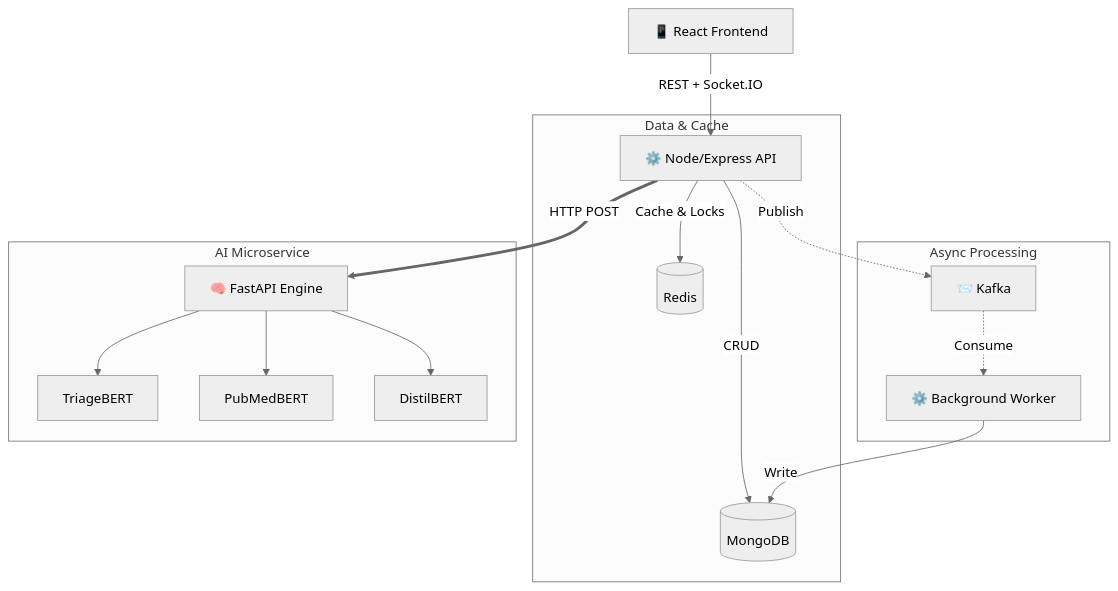
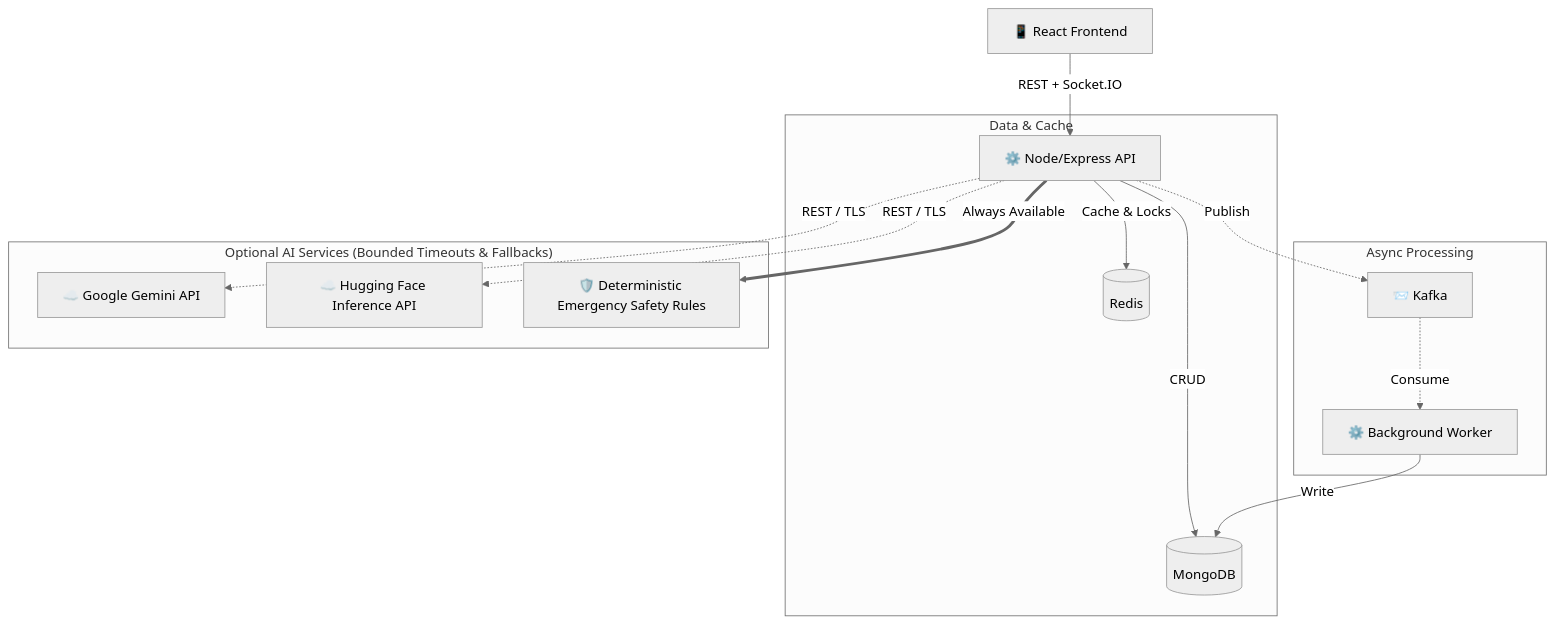
Before and after one commit to khushalmidha/MediPulse: the diagram in README.md, drawn with Mermaid (neutral theme). The commit also changed other lines of this file and 10 other files, not shown here.

Commit message:
Implement P18 AI reliability, truthful claims, schema validation, and fallback safeguards

````diff
--- a/README.md
+++ b/README.md
@@ -82,22 +82,21 @@
 ```mermaid
 graph TD
     Client[📱 React Frontend] -->|REST + Socket.IO| API[⚙️ Node/Express API]
 
     subgraph "Data & Cache"
         API -->|Cache & Locks| Redis[(Redis)]
         API -->|CRUD| DB[(MongoDB)]
     end
 
     subgraph "Async Processing"
         API -.->|Publish| Kafka[📨 Kafka]
         Kafka -.->|Consume| Worker[⚙️ Background Worker]
         Worker -->|Write| DB
     end
 
-    subgraph "AI Microservice"
-        API ==>|HTTP POST| FastAPI[🧠 FastAPI Engine]
-        FastAPI --> Triage[TriageBERT]
-        FastAPI --> Specialty[PubMedBERT]
-        FastAPI --> Disease[DistilBERT]
+    subgraph "Optional AI Services (Bounded Timeouts & Fallbacks)"
+        API -.->|REST / TLS| Gemini[☁️ Google Gemini API]
+        API -.->|REST / TLS| HF[☁️ Hugging Face Inference API]
+        API ==>|Always Available| SafetyRules[🛡️ Deterministic Emergency Safety Rules]
     end
 ```
````
